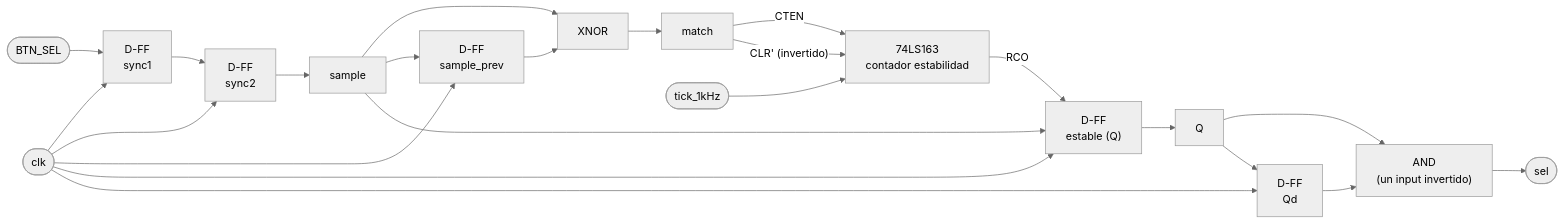
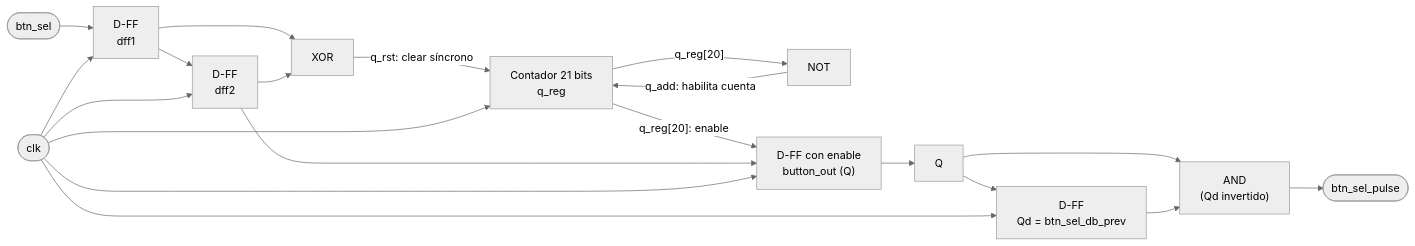
One commit to Taller-de-diseno-digital-GR01/Proyecto-2-Ahorcado changed the second of 2 diagrams in docs/diseño/modulos/M09_Botones.md. Above: the diagram before and after it, drawn with Mermaid (neutral theme). The commit also changed other lines of this file and 7 other files, not shown here.

````diff
--- a/docs/diseño/modulos/M09_Botones.md
+++ b/docs/diseño/modulos/M09_Botones.md
@@ -85,25 +141,22 @@
 ```mermaid
 flowchart LR
-    RAW(["BTN_SEL"]) --> D1["D-FF<br/>sync1"]
+    RAW(["btn_sel"]) --> D1["D-FF<br/>dff1"]
     CLK(["clk"]) --> D1
-    D1 --> D2["D-FF<br/>sync2"]
+    D1 --> D2["D-FF<br/>dff2"]
     CLK --> D2
-    D2 --> SAMPLE["sample"]
-    SAMPLE --> XNOR1["XNOR"]
-    SAMPLE --> DP["D-FF<br/>sample_prev"]
-    CLK --> DP
-    DP --> XNOR1
-    XNOR1 --> MATCH["match"]
-    MATCH -->|"CTEN"| CNT["74LS163<br/>contador estabilidad"]
-    TICK(["tick_1kHz"]) --> CNT
-    MATCH -->|"CLR' (invertido)"| CNT
-    CNT -->|"RCO"| DQ["D-FF<br/>estable (Q)"]
-    SAMPLE --> DQ
+    D1 --> XOR1["XOR"]
+    D2 --> XOR1
+    XOR1 -->|"q_rst: clear síncrono"| CNT["Contador 21 bits<br/>q_reg"]
+    CNT -->|"q_reg[20]"| NOT1["NOT"]
+    NOT1 -->|"q_add: habilita cuenta"| CNT
+    CLK --> CNT
+    CNT -->|"q_reg[20]: enable"| DQ["D-FF con enable<br/>button_out (Q)"]
+    D2 --> DQ
     CLK --> DQ
     DQ --> QREG["Q"]
-    QREG --> AND1["AND<br/>(un input invertido)"]
-    QREG --> DQD["D-FF<br/>Qd"]
+    QREG --> AND1["AND<br/>(Qd invertido)"]
+    QREG --> DQD["D-FF<br/>Qd = btn_sel_db_prev"]
     CLK --> DQD
     DQD --> AND1
-    AND1 --> PULSE(["sel"])
+    AND1 --> PULSE(["btn_sel_pulse"])
 ```
````
